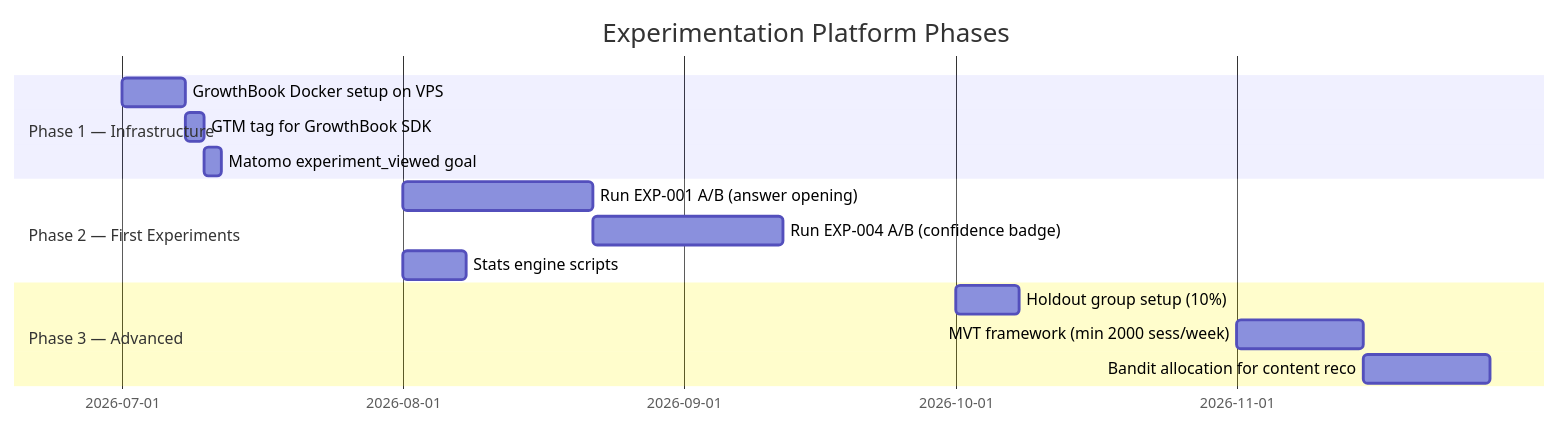
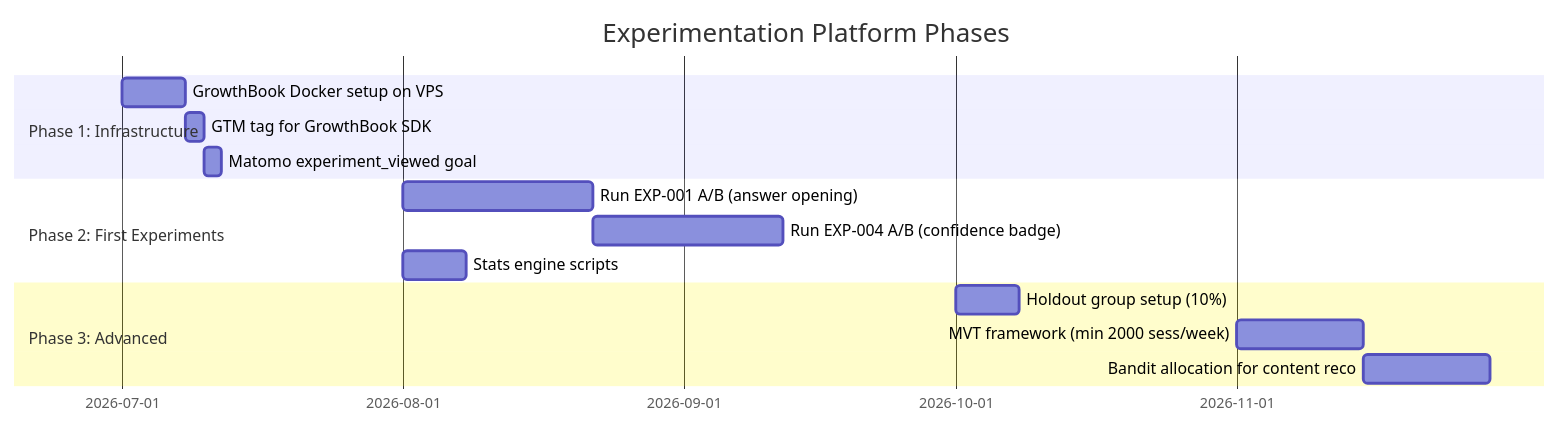
Before and after one commit to mengliang10/future: the fifth of 5 diagrams in enhancements/13-experimentation-testing.md, drawn with Mermaid. The commit also changed other lines of this file and 348 other files, not shown here.

Commit message:
Global removal of em-dashes, homepage section reordering, and flow improvements

````diff
--- a/enhancements/13-experimentation-testing.md
+++ b/enhancements/13-experimentation-testing.md
@@ -227,17 +227,17 @@
 ```mermaid
 gantt
     title Experimentation Platform Phases
     dateFormat YYYY-MM
-    section Phase 1 — Infrastructure
+    section Phase 1: Infrastructure
     GrowthBook Docker setup on VPS            :e1, 2026-07, 1w
     GTM tag for GrowthBook SDK                :e2, after e1, 2d
     Matomo experiment_viewed goal             :e3, after e2, 2d
-    section Phase 2 — First Experiments
+    section Phase 2: First Experiments
     Run EXP-001 A/B (answer opening)         :e4, 2026-08, 3w
     Run EXP-004 A/B (confidence badge)       :e5, after e4, 3w
     Stats engine scripts                      :e6, 2026-08, 1w
-    section Phase 3 — Advanced
+    section Phase 3: Advanced
     Holdout group setup (10%)                :e7, 2026-10, 1w
     MVT framework (min 2000 sess/week)       :e8, 2026-11, 2w
     Bandit allocation for content reco       :e9, after e8, 2w
 ```
````
